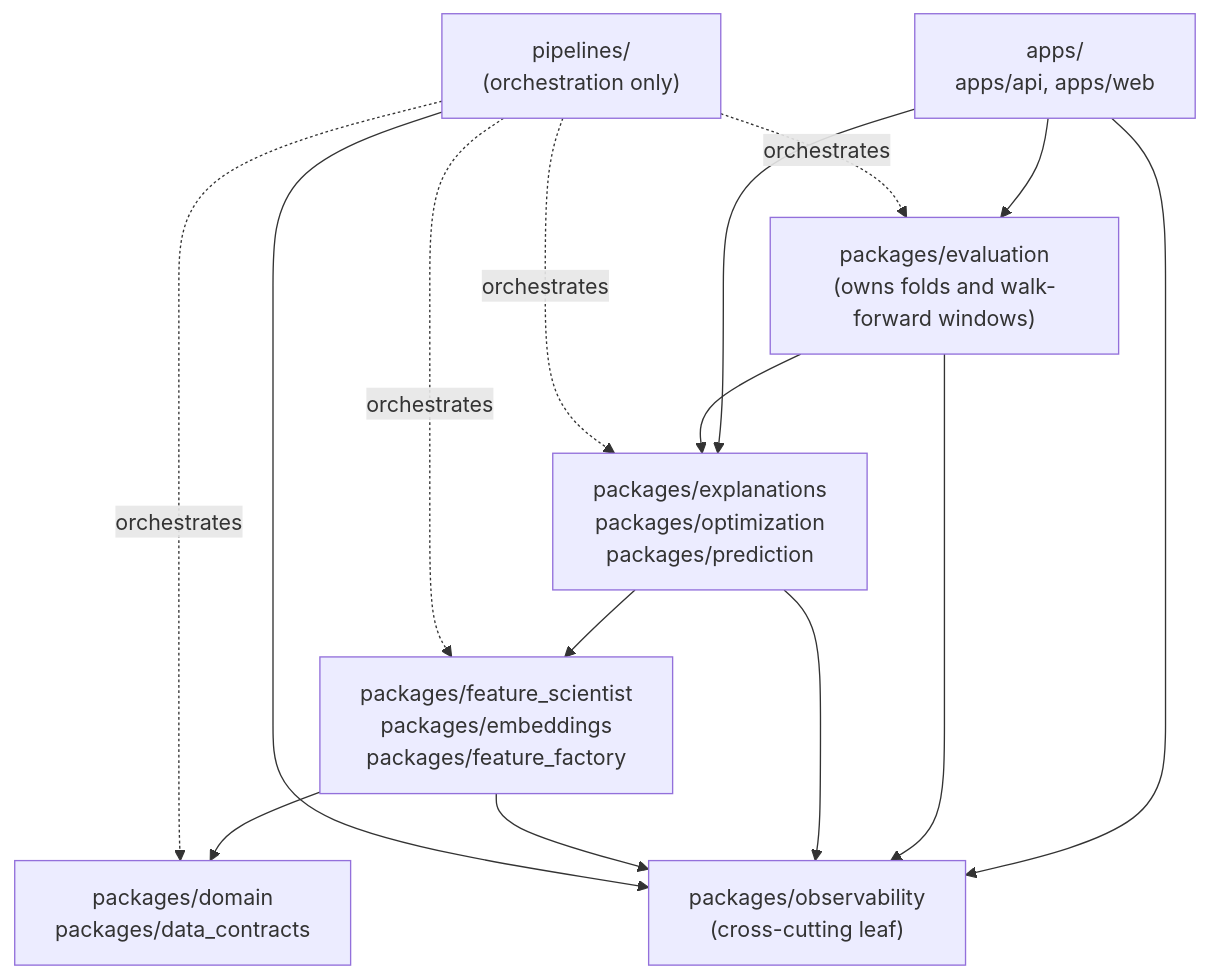
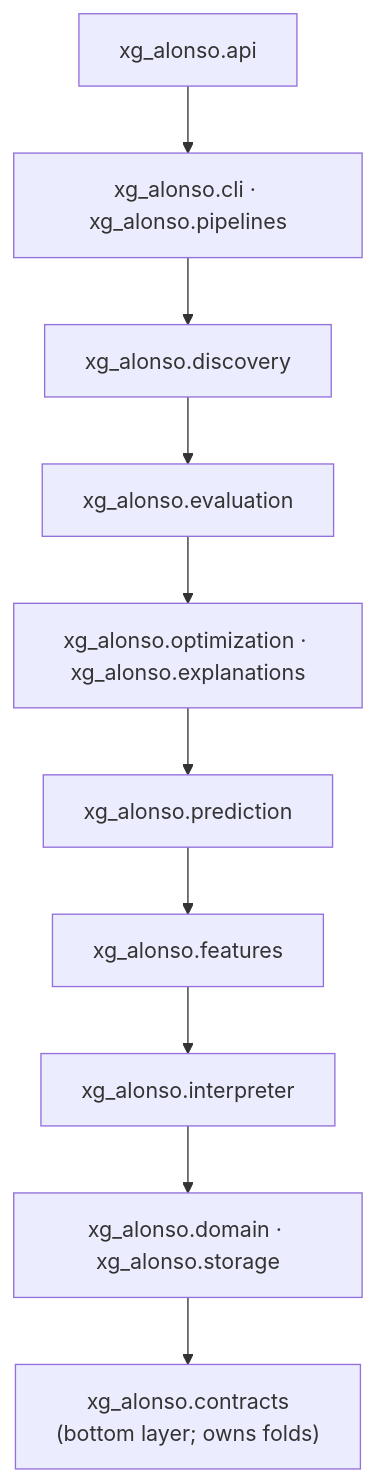
Before and after one commit to smukhyala/XGalonso: the diagram in docs/architecture/01_repository_structure.md, drawn with Mermaid. The commit also changed other lines of this file and 22 other files, not shown here.

````diff
--- a/docs/architecture/01_repository_structure.md
+++ b/docs/architecture/01_repository_structure.md
@@ -470,27 +477,16 @@
 ```mermaid
 flowchart TD
-    apps["apps/<br/>apps/api, apps/web"]
-    evaluation["packages/evaluation<br/>(owns folds and walk-forward windows)"]
-    decision["packages/explanations<br/>packages/optimization<br/>packages/prediction"]
-    features["packages/feature_scientist<br/>packages/embeddings<br/>packages/feature_factory"]
-    core["packages/domain<br/>packages/data_contracts"]
-    observability["packages/observability<br/>(cross-cutting leaf)"]
-    pipelines["pipelines/<br/>(orchestration only)"]
+    api["xg_alonso.api"]
+    cli["xg_alonso.cli · xg_alonso.pipelines"]
+    discovery["xg_alonso.discovery"]
+    evaluation["xg_alonso.evaluation"]
+    decision["xg_alonso.optimization · xg_alonso.explanations"]
+    prediction["xg_alonso.prediction"]
+    features["xg_alonso.features"]
+    interpreter["xg_alonso.interpreter"]
+    base["xg_alonso.domain · xg_alonso.storage"]
+    contracts["xg_alonso.contracts<br/>(bottom layer; owns folds)"]
 
-    apps --> evaluation
-    apps --> decision
-    evaluation --> decision
-    decision --> features
-    features --> core
-
-    pipelines -.orchestrates.-> evaluation
-    pipelines -.orchestrates.-> decision
-    pipelines -.orchestrates.-> features
-    pipelines -.orchestrates.-> core
-
-    apps --> observability
-    evaluation --> observability
-    decision --> observability
-    features --> observability
-    pipelines --> observability
+    api --> cli --> discovery --> evaluation --> decision
+    decision --> prediction --> features --> interpreter --> base --> contracts
 ```
````
